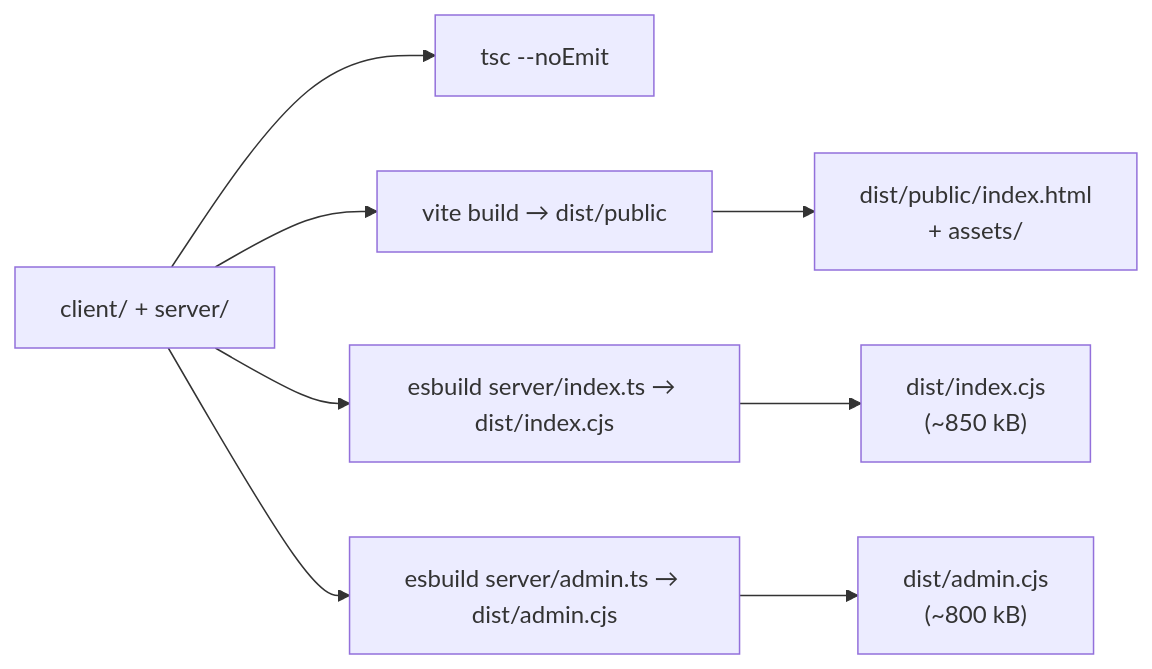
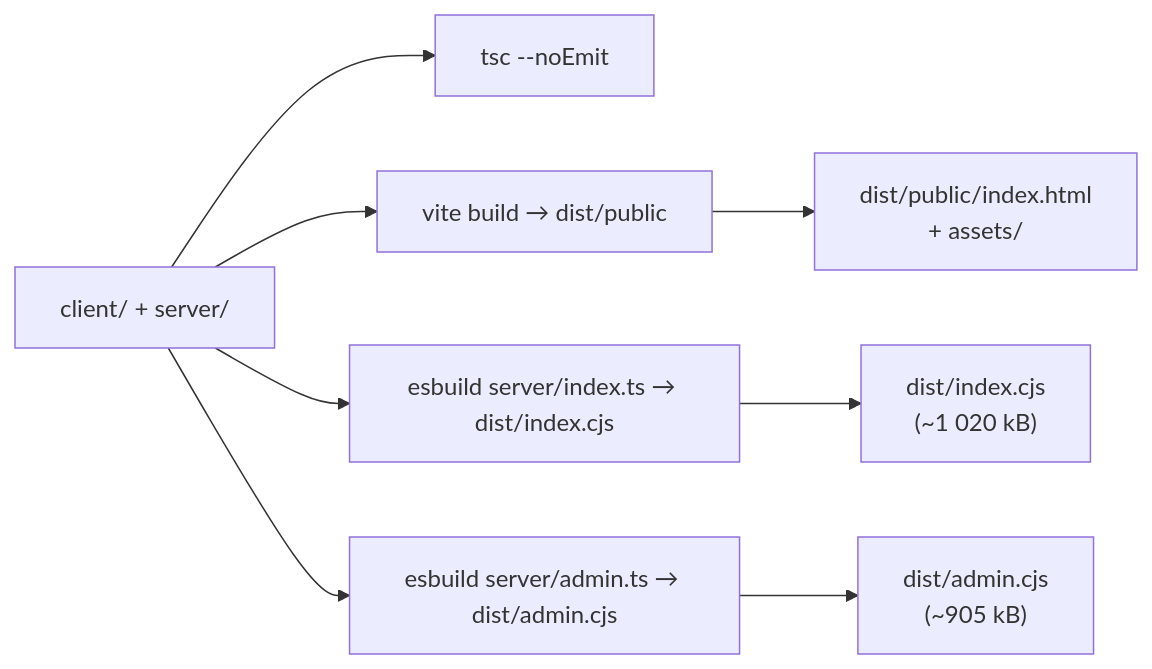
One commit to m5ike/cipherroom-secure-chat changed the diagram in docs/developer-guide.md. Above: the diagram before and after it, drawn with Mermaid. The commit also changed other lines of this file and 22 other files, not shown here.

````diff
--- a/docs/developer-guide.md
+++ b/docs/developer-guide.md
@@ -103,15 +140,15 @@
 ```mermaid
 flowchart LR
     Sources[client/ + server/]
     TSC[tsc --noEmit]
     Vite[vite build → dist/public]
     Esbuild_app[esbuild server/index.ts → dist/index.cjs]
     Esbuild_admin[esbuild server/admin.ts → dist/admin.cjs]
     Sources --> TSC
     Sources --> Vite
     Sources --> Esbuild_app
     Sources --> Esbuild_admin
     Vite --> Static["dist/public/index.html<br/>+ assets/"]
-    Esbuild_app --> Out1["dist/index.cjs<br/>(~850 kB)"]
-    Esbuild_admin --> Out2["dist/admin.cjs<br/>(~800 kB)"]
+    Esbuild_app --> Out1["dist/index.cjs<br/>(~1 020 kB)"]
+    Esbuild_admin --> Out2["dist/admin.cjs<br/>(~905 kB)"]
 ```
````
